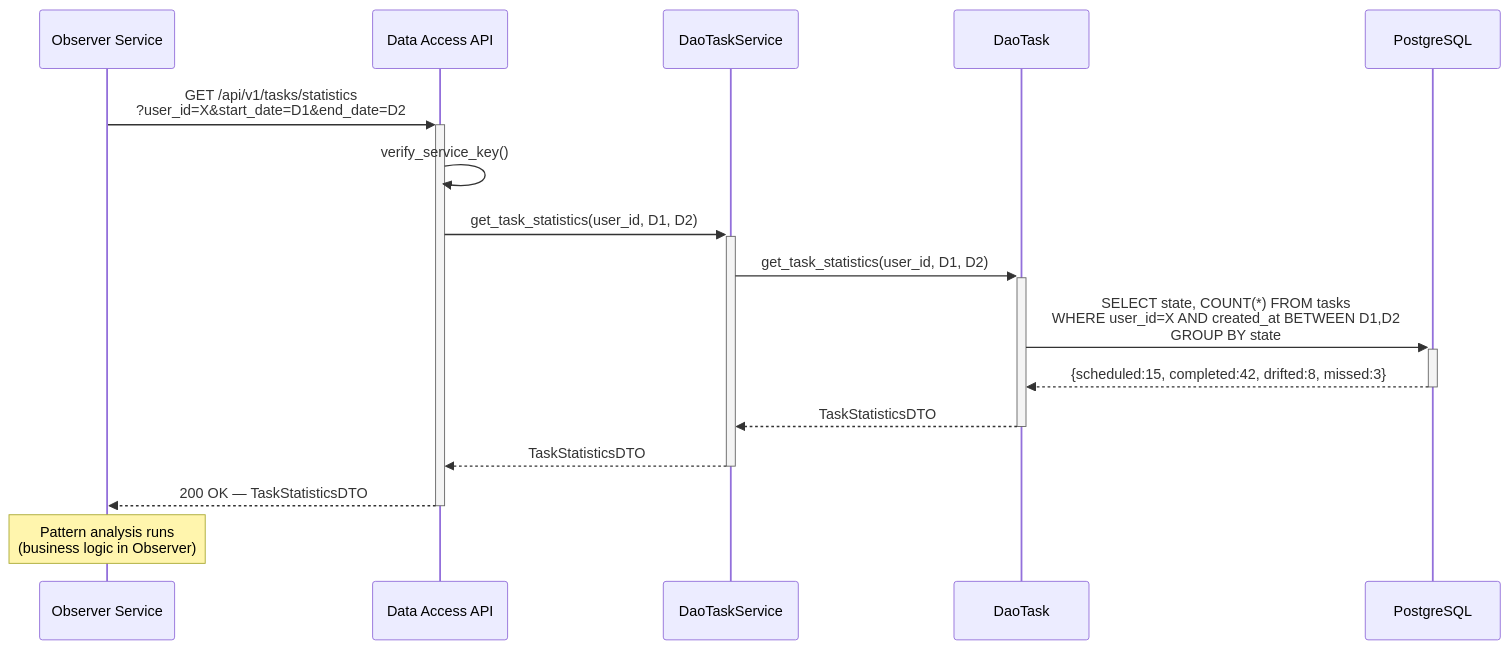
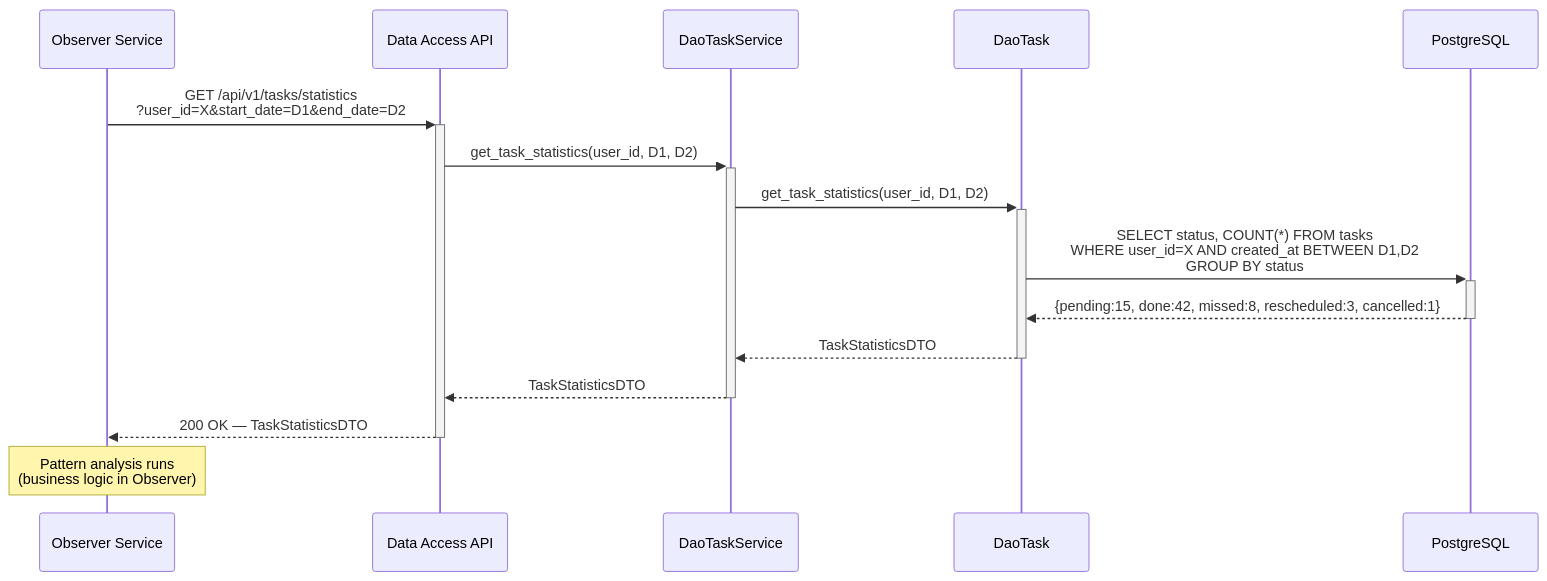
The fourth of 5 diagrams in docs/dao_design.md (MacDavicK/Flux-Team-8), drawn with Mermaid before and after one commit. The commit also changed other lines of this file and 12 other files, not shown here.

````diff
--- a/docs/dao_design.md
+++ b/docs/dao_design.md
@@ -480,20 +417,19 @@
 ```mermaid
 sequenceDiagram
     participant OB as Observer Service
     participant API as Data Access API
     participant SVC as DaoTaskService
     participant DAO as DaoTask
     participant DB as PostgreSQL
 
     OB->>+API: GET /api/v1/tasks/statistics<br/>?user_id=X&start_date=D1&end_date=D2
-    API->>API: verify_service_key()
     API->>+SVC: get_task_statistics(user_id, D1, D2)
     SVC->>+DAO: get_task_statistics(user_id, D1, D2)
-    DAO->>+DB: SELECT state, COUNT(*) FROM tasks<br/>WHERE user_id=X AND created_at BETWEEN D1,D2<br/>GROUP BY state
-    DB-->>-DAO: {scheduled:15, completed:42, drifted:8, missed:3}
+    DAO->>+DB: SELECT status, COUNT(*) FROM tasks<br/>WHERE user_id=X AND created_at BETWEEN D1,D2<br/>GROUP BY status
+    DB-->>-DAO: {pending:15, done:42, missed:8, rescheduled:3, cancelled:1}
     DAO-->>-SVC: TaskStatisticsDTO
     SVC-->>-API: TaskStatisticsDTO
     API-->>-OB: 200 OK — TaskStatisticsDTO
 
     Note over OB: Pattern analysis runs<br/>(business logic in Observer)
 ```
````
